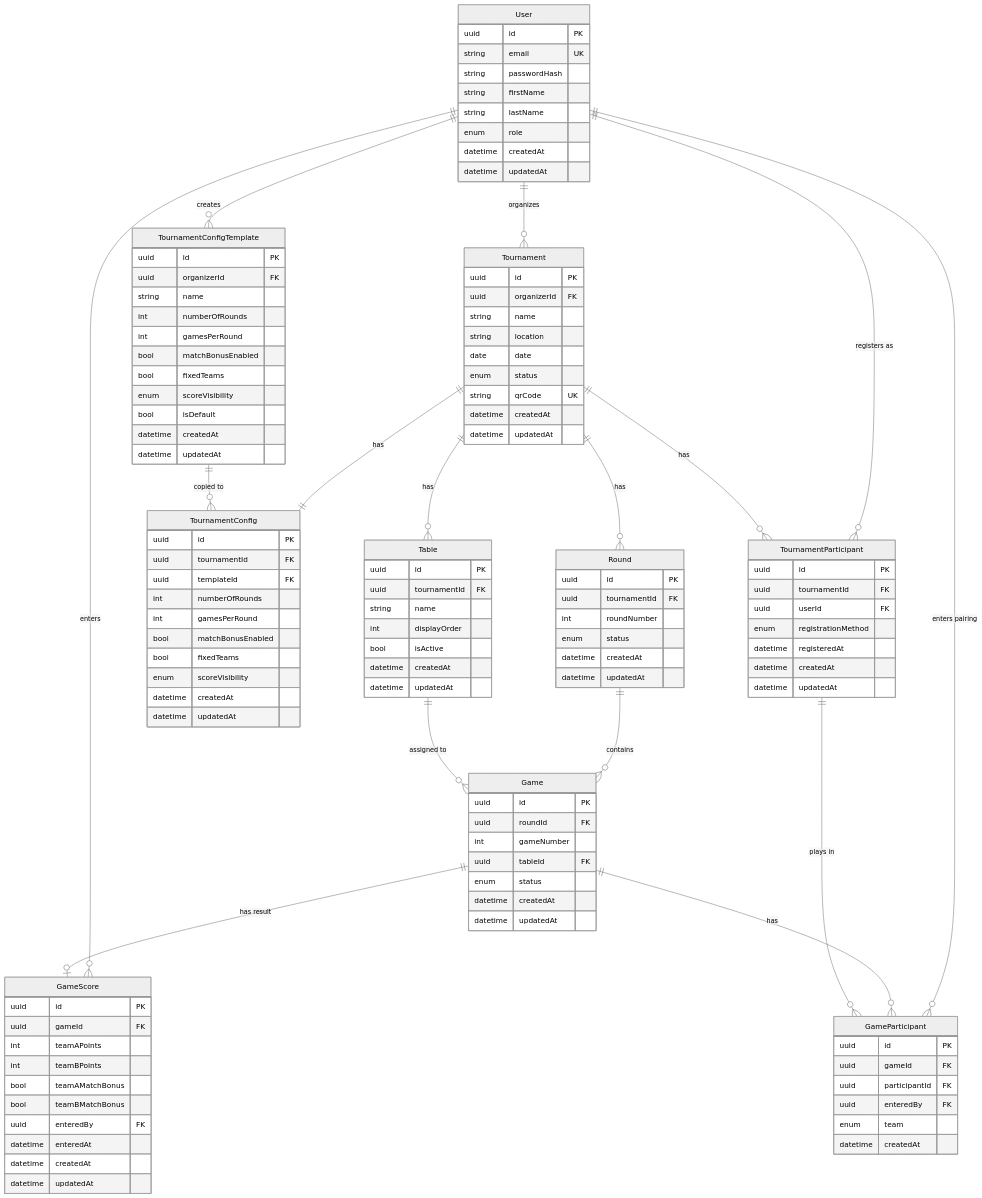
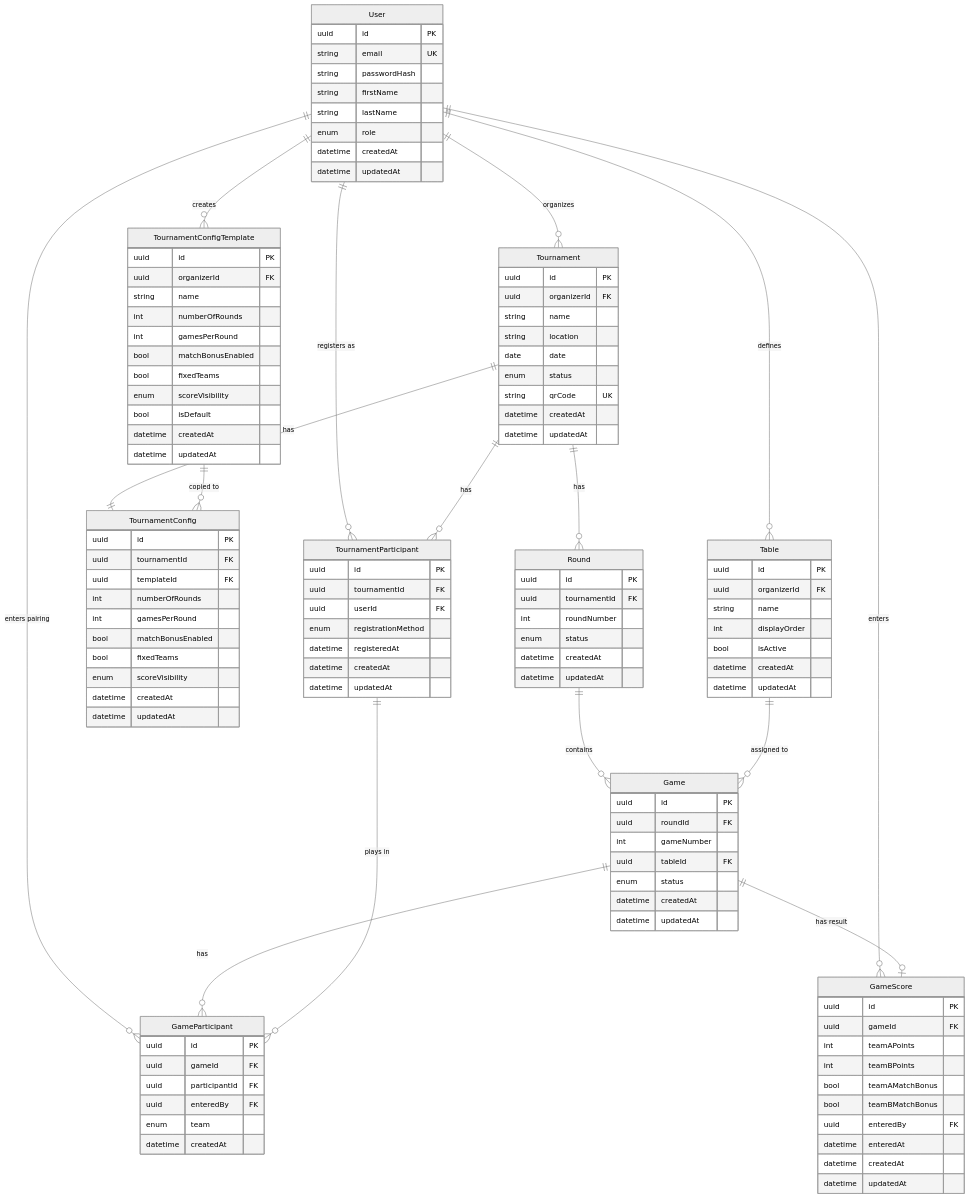
Before and after one commit to manuweber93/jass-tournament-manager: the diagram in database-schema.md, drawn with Mermaid (neutral theme). The commit also changed other lines of this file and 1 other file, not shown here.

First line of the commit message:
refactor: Assign tables to Organizer instead of Tournament, simplify GameStatus

```diff
--- a/database-schema.md
+++ b/database-schema.md
@@ -269,7 +269,8 @@
     Tournament ||--|| TournamentConfig : "has"
     Tournament ||--o{ TournamentParticipant : "has"
     Tournament ||--o{ Round : "has"
-    Tournament ||--o{ Table : "has"
+    
+    User ||--o{ Table : "defines"
     
     TournamentConfigTemplate ||--o{ TournamentConfig : "copied to"
     
@@ -353,7 +354,7 @@
     
     Table {
         uuid id PK
-        uuid tournamentId FK
+        uuid organizerId FK
         string name
         int displayOrder
         bool isActive
```
